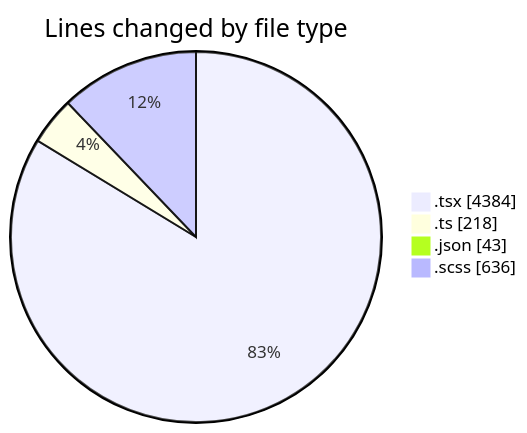
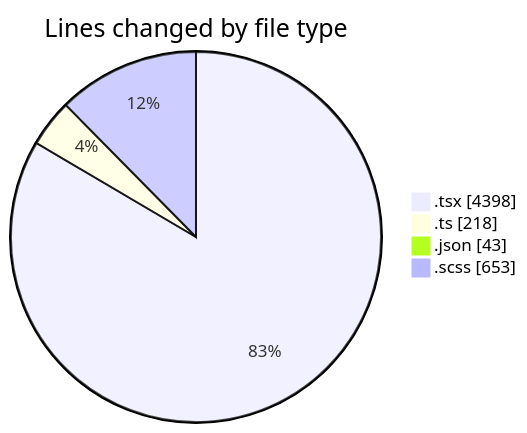
Before and after one commit to momahboobian/code-tracking: the first of 2 diagrams in 2025-09-23/cda/README.md, drawn with Mermaid. The commit also changed other lines of this file and 1 other file, not shown here.

````diff
--- a/2025-09-23/cda/README.md
+++ b/2025-09-23/cda/README.md
@@ -34,8 +34,8 @@
 ```mermaid
 pie showData
 title Lines changed by file type
-".tsx" : 4384
+".tsx" : 4398
 ".ts" : 218
 ".json" : 43
-".scss" : 636
+".scss" : 653
 ```
````
